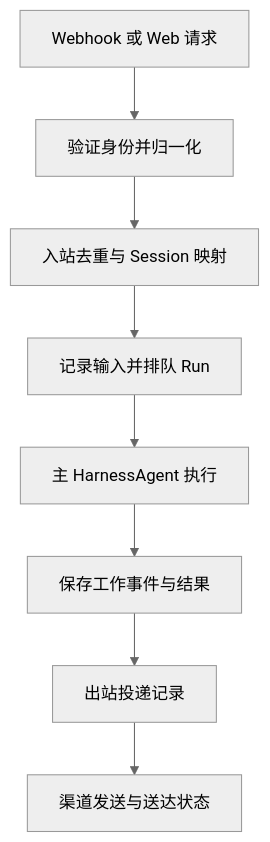
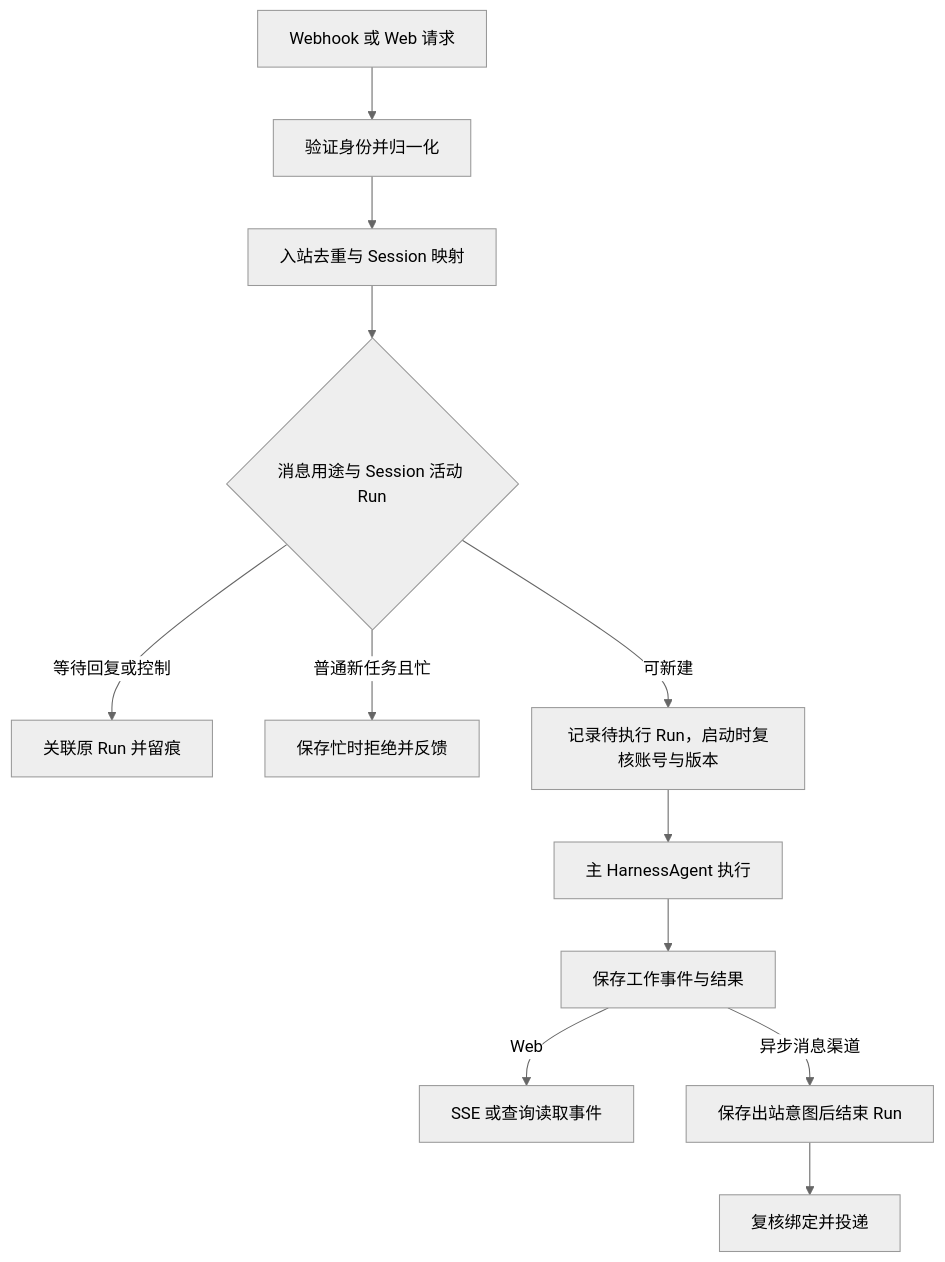
The diagram in docs/design/agent-platform/数字员工多渠道接入与消息流转设计.md (BeyondzychenProton/haizhou-brain), drawn with Mermaid (neutral theme) before and after one commit. The commit also changed other lines of this file and 11 other files, not shown here.

````diff
--- a/docs/design/agent-platform/数字员工多渠道接入与消息流转设计.md
+++ b/docs/design/agent-platform/数字员工多渠道接入与消息流转设计.md
@@ -88,10 +90,14 @@
 ```mermaid
 graph TD
     A["Webhook 或 Web 请求"] --> B["验证身份并归一化"]
     B --> C["入站去重与 Session 映射"]
-    C --> D["记录输入并排队 Run"]
-    D --> E["主 HarnessAgent 执行"]
-    E --> F["保存工作事件与结果"]
-    F --> G["出站投递记录"]
-    G --> H["渠道发送与送达状态"]
+    C --> D{"消息用途与 Session 活动 Run"}
+    D -->|等待回复或控制| I["关联原 Run 并留痕"]
+    D -->|普通新任务且忙| J["保存忙时拒绝并反馈"]
+    D -->|可新建| E["记录待执行 Run，启动时复核账号与版本"]
+    E --> F["主 HarnessAgent 执行"]
+    F --> G["保存工作事件与结果"]
+    G -->|Web| H["SSE 或查询读取事件"]
+    G -->|异步消息渠道| K["保存出站意图后结束 Run"]
+    K --> L["复核绑定并投递"]
 ```
````
